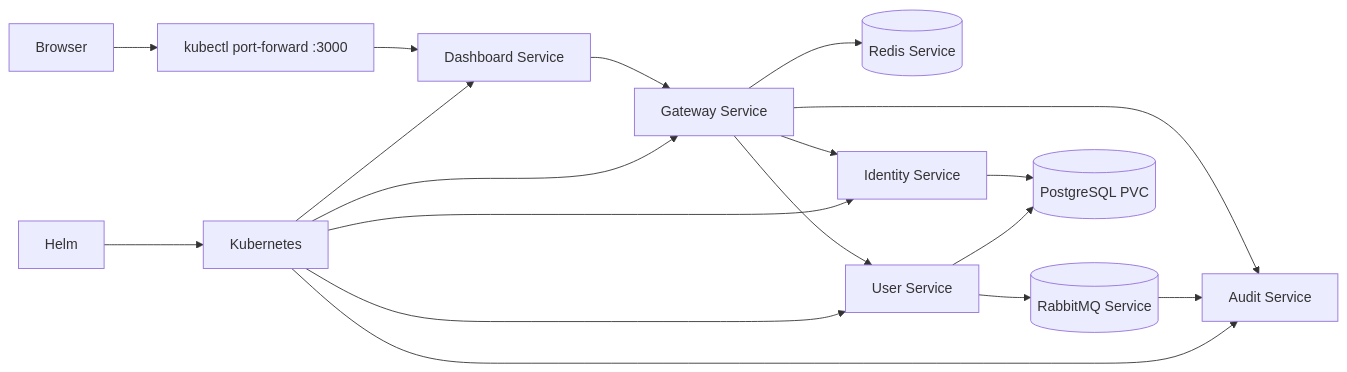
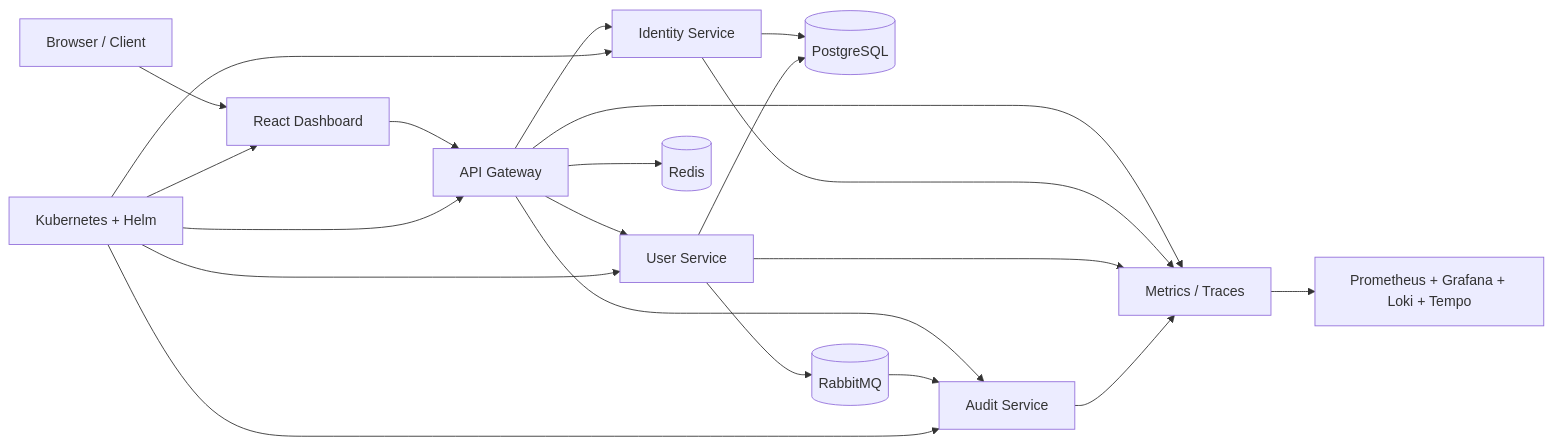
The diagram in README.md (teldigi5-wq/aetheris-platform), drawn with Mermaid before and after one commit. The commit also changed other lines of this file, not shown here.

````diff
--- a/README.md
+++ b/README.md
@@ -28,20 +44,23 @@
 ```mermaid
 flowchart LR
-    U[Browser] --> PF[kubectl port-forward :3000]
-    PF --> D[Dashboard Service]
-    D --> G[Gateway Service]
-    G --> R[(Redis Service)]
+    U[Browser / Client] --> D[React Dashboard]
+    D --> G[API Gateway]
     G --> I[Identity Service]
     G --> S[User Service]
     G --> A[Audit Service]
-    S --> M[(RabbitMQ Service)]
+    G --> R[(Redis)]
+    I --> P[(PostgreSQL)]
+    S --> P
+    S --> M[(RabbitMQ)]
     M --> A
-    I --> P[(PostgreSQL PVC)]
-    S --> P
-    K[Kubernetes] --> D
+    G --> O[Metrics / Traces]
+    I --> O
+    S --> O
+    A --> O
+    O --> OBS[Prometheus + Grafana + Loki + Tempo]
+    K[Kubernetes + Helm] --> D
     K --> G
     K --> I
     K --> S
     K --> A
-    H[Helm] --> K
 ```
````
